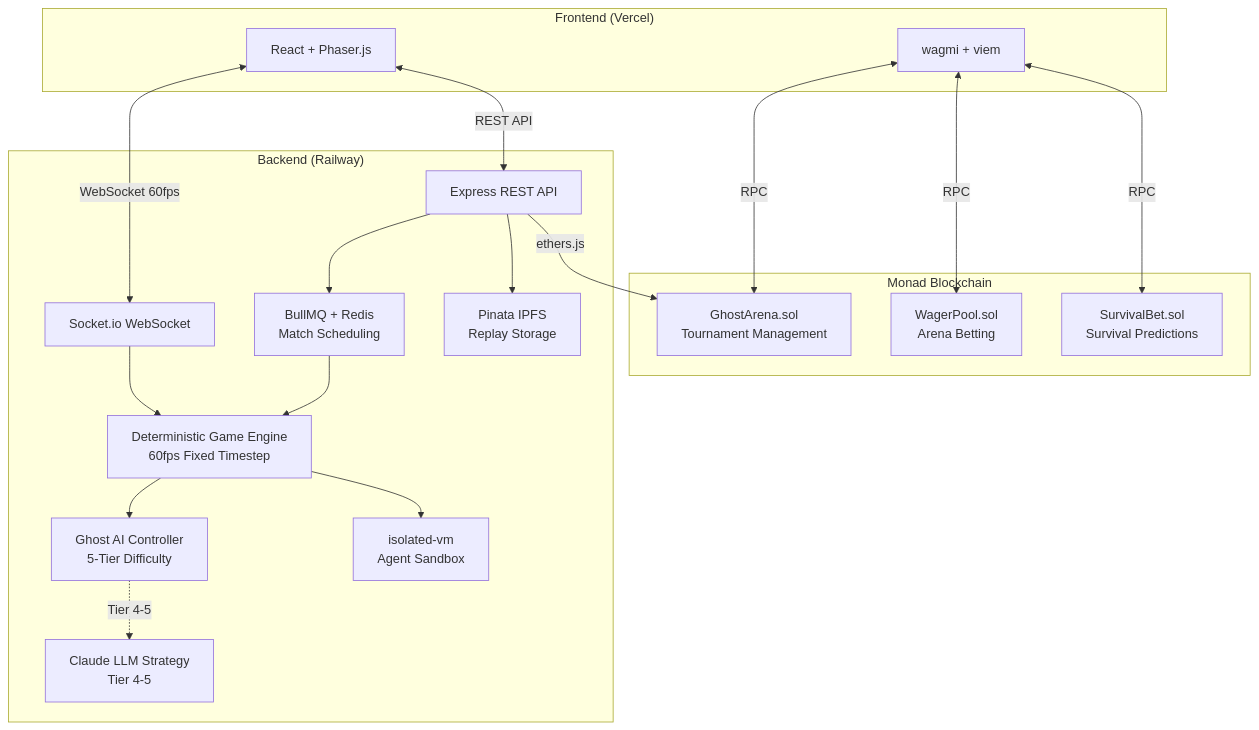
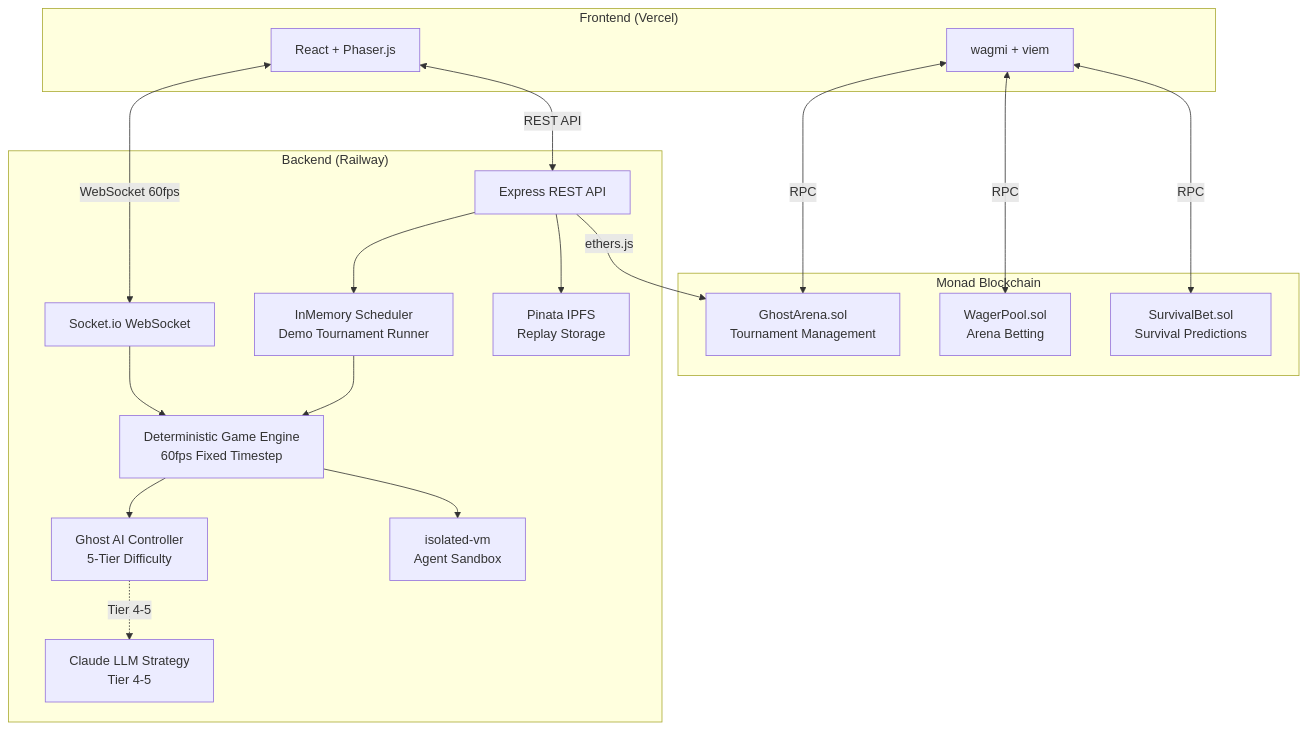
Before and after one commit to tmdry4530/Phantom-Arena: the diagram in README.md, drawn with Mermaid. The commit also changed other lines of this file and 1 other file, not shown here.

Commit message:
docs: README 업데이트 — InMemory 스케줄러 반영, Redis 의존성 제거
- 아키텍처 다이어그램: BullMQ+Redis → InMemory Scheduler
- 기술 스택: Backend에서 BullMQ 5, Redis 제거
- 필수 요구사항: Redis 설치 안내 제거
- 환경 변수: REDIS_URL 제거
- Quick Start: 데모 토너먼트 자동 시작 안내 추가

````diff
--- a/README.md
+++ b/README.md
@@ -58,38 +58,38 @@
 ```mermaid
 graph TB
     subgraph Frontend["Frontend (Vercel)"]
         UI[React + Phaser.js]
         WALLET[wagmi + viem]
     end
 
     subgraph Backend["Backend (Railway)"]
         API[Express REST API]
         WS[Socket.io WebSocket]
         ENGINE[Deterministic Game Engine\n60fps Fixed Timestep]
         AI[Ghost AI Controller\n5-Tier Difficulty]
         LLM[Claude LLM Strategy\nTier 4-5]
         SANDBOX[isolated-vm\nAgent Sandbox]
-        QUEUE[BullMQ + Redis\nMatch Scheduling]
+        SCHED[InMemory Scheduler\nDemo Tournament Runner]
         IPFS_SVC[Pinata IPFS\nReplay Storage]
     end
 
     subgraph Monad["Monad Blockchain"]
         ARENA[GhostArena.sol\nTournament Management]
         WAGER[WagerPool.sol\nArena Betting]
         SURVIVAL[SurvivalBet.sol\nSurvival Predictions]
     end
 
     UI <-->|WebSocket 60fps| WS
     UI <-->|REST API| API
     WALLET <-->|RPC| ARENA
     WALLET <-->|RPC| WAGER
     WALLET <-->|RPC| SURVIVAL
     WS --> ENGINE
     ENGINE --> AI
     AI -.->|Tier 4-5| LLM
     ENGINE --> SANDBOX
-    API --> QUEUE
+    API --> SCHED
     API --> IPFS_SVC
-    QUEUE --> ENGINE
+    SCHED --> ENGINE
     API -->|ethers.js| ARENA
 ```
````
